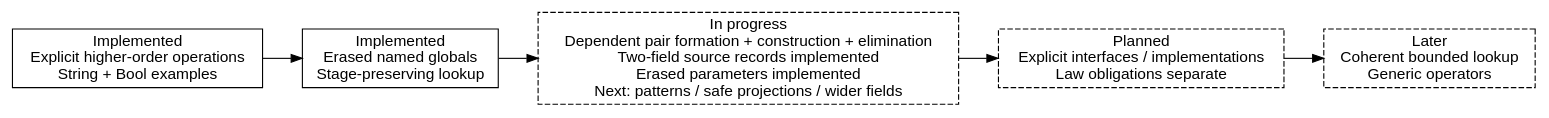
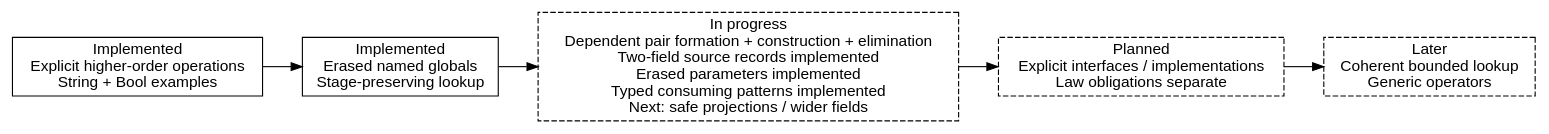
The diagram in docs/diagrams/interfaces.dot (odunboye/fibril), drawn with Graphviz before and after one commit. The commit also changed 14 other files, not shown here.

Commit message:
Lower explicit consuming record patterns to checked dependent elimination

```diff
--- a/docs/diagrams/interfaces.dot
+++ b/docs/diagrams/interfaces.dot
@@ -1,10 +1,10 @@
 digraph interfaces {
   rankdir=LR;
   node [shape=box, fontname="sans-serif"];
   operations [label="Implemented\nExplicit higher-order operations\nString + Bool examples"];
   staging [label="Implemented\nErased named globals\nStage-preserving lookup"];
-  records [label="In progress\nDependent pair formation + construction + elimination\nTwo-field source records implemented\nErased parameters implemented\nNext: patterns / safe projections / wider fields", style=dashed];
+  records [label="In progress\nDependent pair formation + construction + elimination\nTwo-field source records implemented\nErased parameters implemented\nTyped consuming patterns implemented\nNext: safe projections / wider fields", style=dashed];
   explicit [label="Planned\nExplicit interfaces / implementations\nLaw obligations separate", style=dashed];
   search [label="Later\nCoherent bounded lookup\nGeneric operators", style=dashed];
   operations -> staging -> records -> explicit -> search;
 }
```
